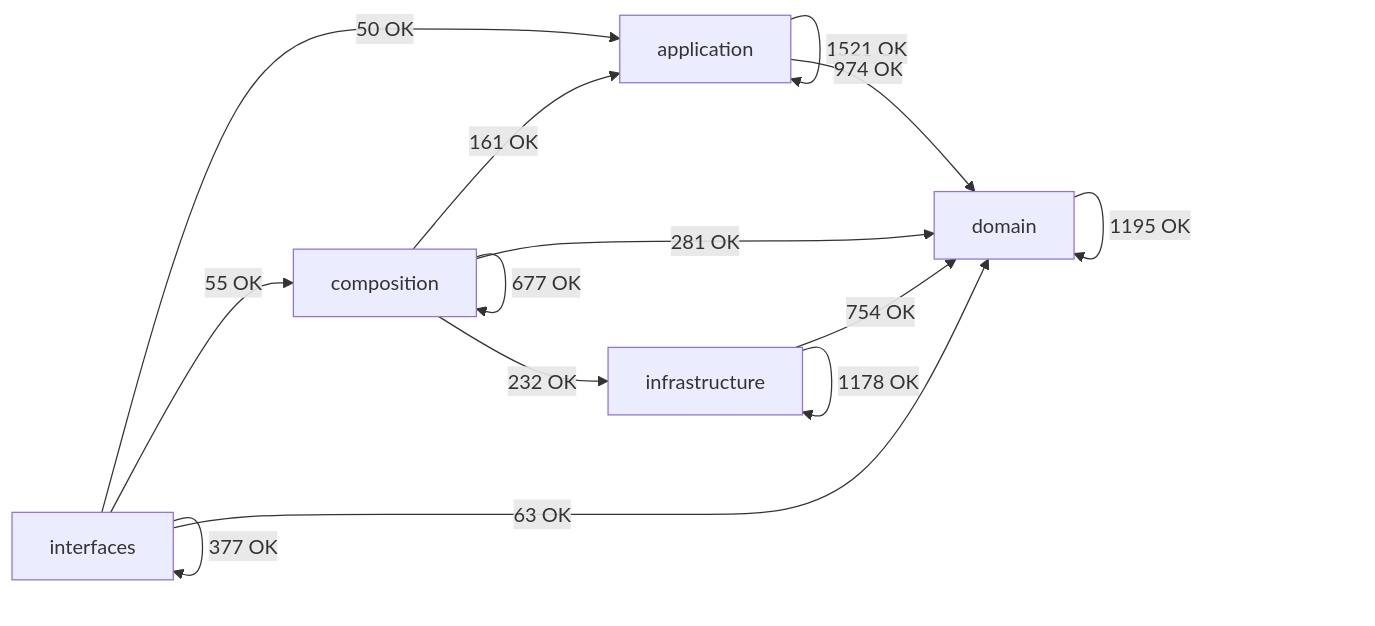
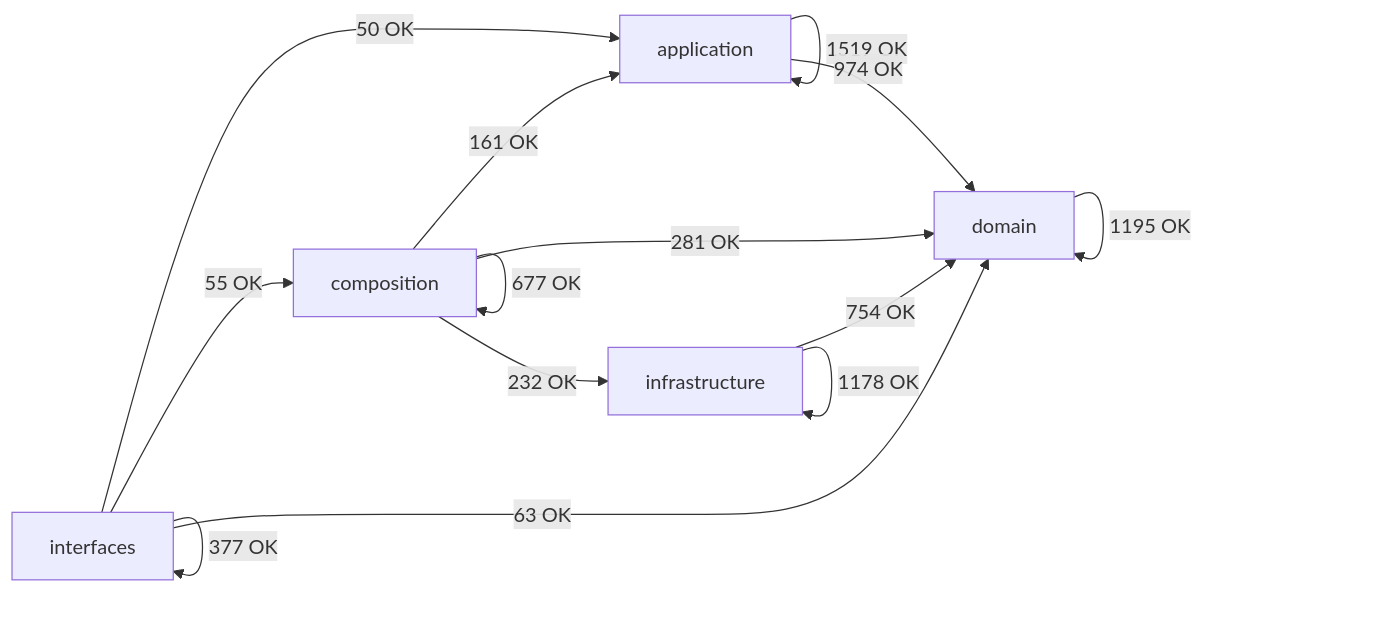
One commit to SatoryKono/BioactivityDataAcquisition changed the diagram in docs/02-architecture/generated/module-dependency-map.md. Above: the diagram before and after it, drawn with Mermaid. The commit also changed other lines of this file and 2 other files, not shown here.

````diff
--- a/docs/02-architecture/generated/module-dependency-map.md
+++ b/docs/02-architecture/generated/module-dependency-map.md
@@ -17,21 +17,21 @@
 ```mermaid
 flowchart LR
     domain[domain]
     application[application]
     infrastructure[infrastructure]
     composition[composition]
     interfaces[interfaces]
-    application -->|1521 OK| application
+    application -->|1519 OK| application
     application -->|974 OK| domain
     composition -->|161 OK| application
     composition -->|677 OK| composition
     composition -->|281 OK| domain
     composition -->|232 OK| infrastructure
     domain -->|1195 OK| domain
     infrastructure -->|754 OK| domain
     infrastructure -->|1178 OK| infrastructure
     interfaces -->|50 OK| application
     interfaces -->|55 OK| composition
     interfaces -->|63 OK| domain
     interfaces -->|377 OK| interfaces
 ```
````
